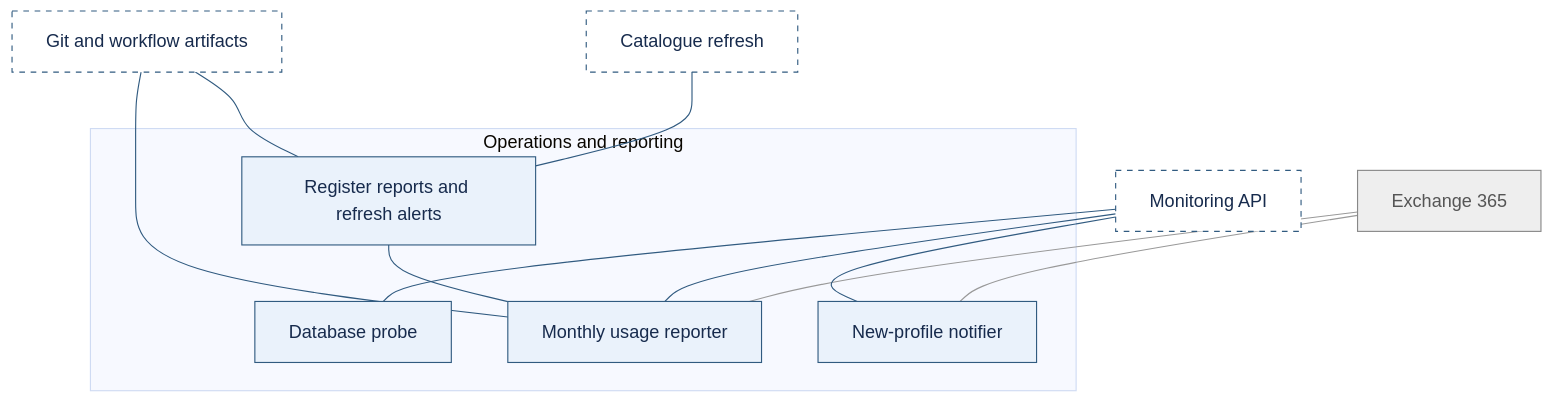
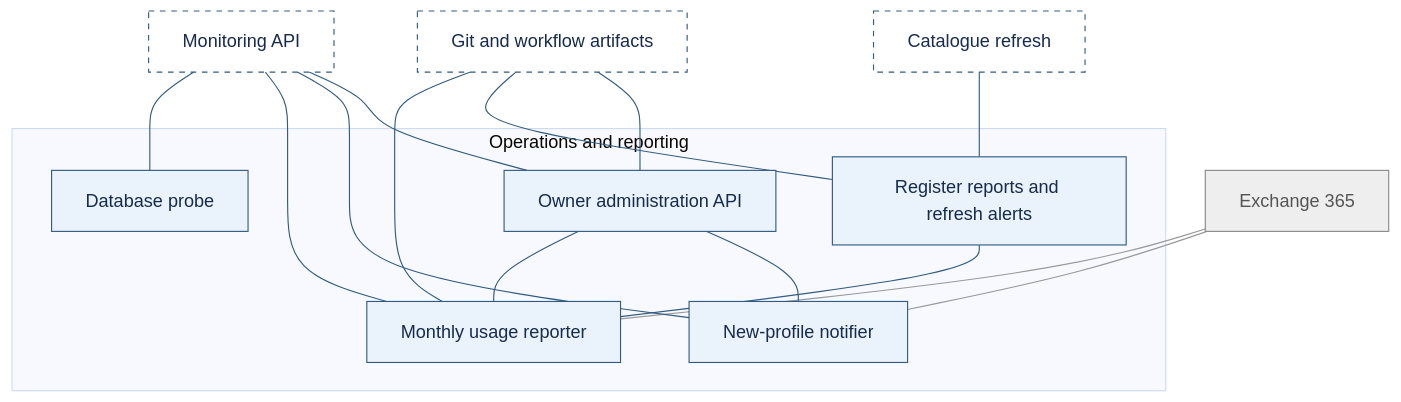
One commit to pekka-28/unesco changed the sixth of 8 diagrams in ARCHITECTURE.md. Above: the diagram before and after it, drawn with Mermaid (base theme). The commit also changed other lines of this file and 16 other files, not shown here.

Commit message:
Add authenticated owner administration and operational API inventory (#24)

````diff
--- a/ARCHITECTURE.md
+++ b/ARCHITECTURE.md
@@ -186,30 +191,35 @@
 ```mermaid
 flowchart TB
     Stores["Git and workflow artifacts"]
     API["Monitoring API"]
     Refresh["Catalogue refresh"]
     SMTP["Exchange 365"]
     subgraph Operations["Operations and reporting"]
         Probe["Database probe"]
         Monthly["Monthly usage reporter"]
         Register["Register reports and refresh alerts"]
         NewProfile["New-profile notifier"]
+        AdminAPI["Owner administration API"]
     end
     Stores --- Monthly
     Stores --- Register
     API --- Probe
     API --- Monthly
     Refresh --- Register
     SMTP --- Monthly
     Register --- Monthly
     API --- NewProfile
     SMTP --- NewProfile
+    API --- AdminAPI
+    Stores --- AdminAPI
+    AdminAPI --- Monthly
+    AdminAPI --- NewProfile
     classDef owned fill:#eaf2fb,stroke:#315b80,color:#172b4d
     classDef sibling fill:#ffffff,stroke:#315b80,color:#172b4d,stroke-dasharray:5 5
     classDef external fill:#eeeeee,stroke:#888888,color:#555555
     linkStyle default stroke:#315b80
-    class Probe,Monthly,Register,NewProfile owned
+    class Probe,Monthly,Register,NewProfile,AdminAPI owned
     class Stores,API,Refresh sibling
     class SMTP external
     linkStyle 5,8 stroke:#999999
 ```
````
